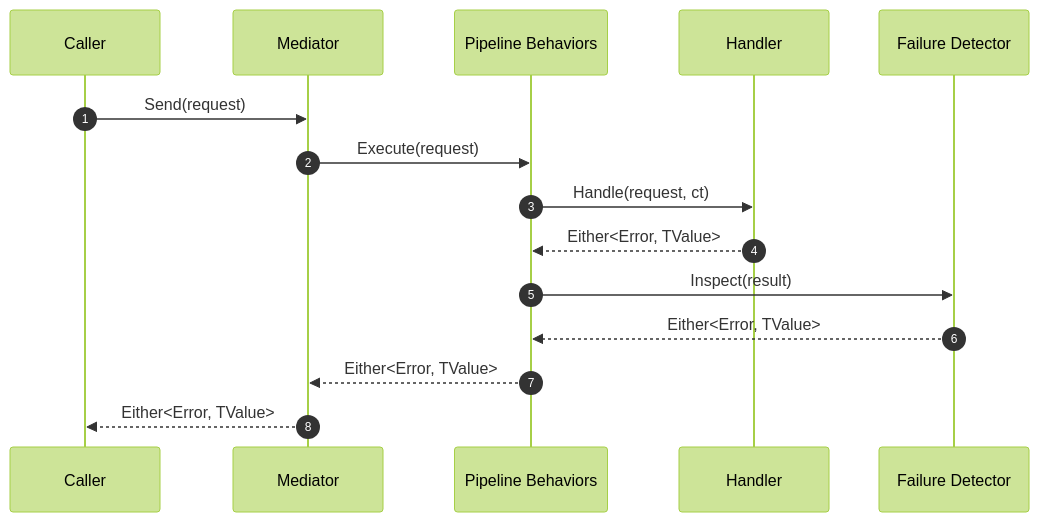
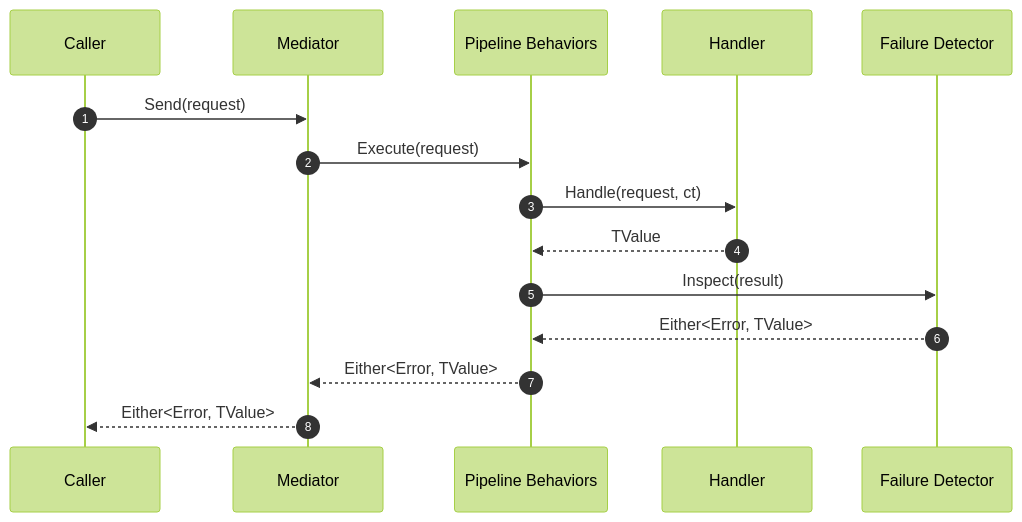
One commit to dlrivada/Encina changed the diagram in README.md. Above: the diagram before and after it, drawn with Mermaid (forest theme). The commit also changed other lines of this file and 67 other files, not shown here.

````diff
--- a/README.md
+++ b/README.md
@@ -113,18 +133,18 @@
 ```mermaid
 sequenceDiagram
     autonumber
     participant Caller
     participant Mediator
     participant Pipeline as Pipeline Behaviors
     participant Handler
     participant FailureDetector as Failure Detector
 
     Caller->>Mediator: Send(request)
     Mediator->>Pipeline: Execute(request)
     Pipeline->>Handler: Handle(request, ct)
-    Handler-->>Pipeline: Either<Error, TValue>
+    Handler-->>Pipeline: TValue
     Pipeline->>FailureDetector: Inspect(result)
     FailureDetector-->>Pipeline: Either<Error, TValue>
     Pipeline-->>Mediator: Either<Error, TValue>
     Mediator-->>Caller: Either<Error, TValue>
 ```
````
